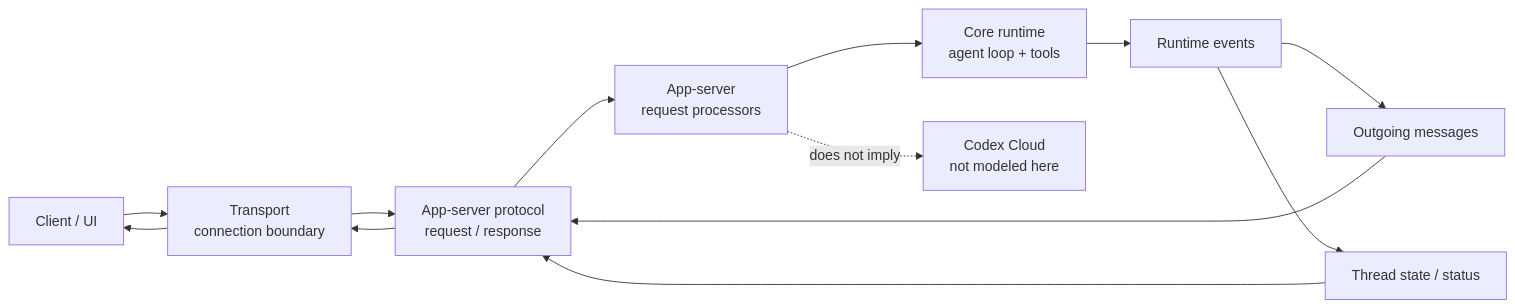
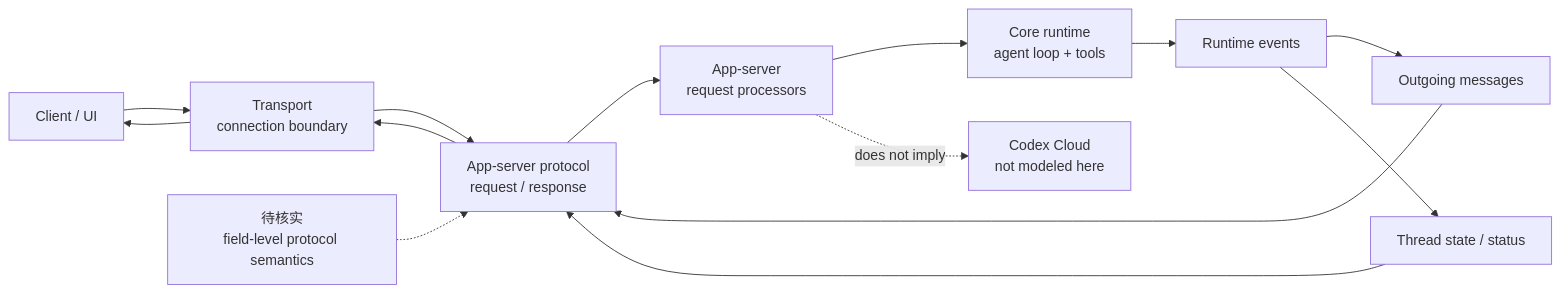
One commit to shihao-zhang/learn-codex changed the diagram in chapters/s09_app_server_transport/diagram.mmd. Above: the diagram before and after it, drawn with Mermaid. The commit also changed 7 other files, not shown here.

```diff
--- a/chapters/s09_app_server_transport/diagram.mmd
+++ b/chapters/s09_app_server_transport/diagram.mmd
@@ -1,14 +1,15 @@
 flowchart LR
     C["Client / UI"] --> T["Transport<br/>connection boundary"]
     T --> P["App-server protocol<br/>request / response"]
     P --> S["App-server<br/>request processors"]
     S --> R["Core runtime<br/>agent loop + tools"]
     R --> E["Runtime events"]
     E --> O["Outgoing messages"]
     E --> ST["Thread state / status"]
     O --> P
     ST --> P
     P --> T
     T --> C
 
     S -. "does not imply" .-> X["Codex Cloud<br/>not modeled here"]
+    N["待核实<br/>field-level protocol semantics"] -.-> P
```
